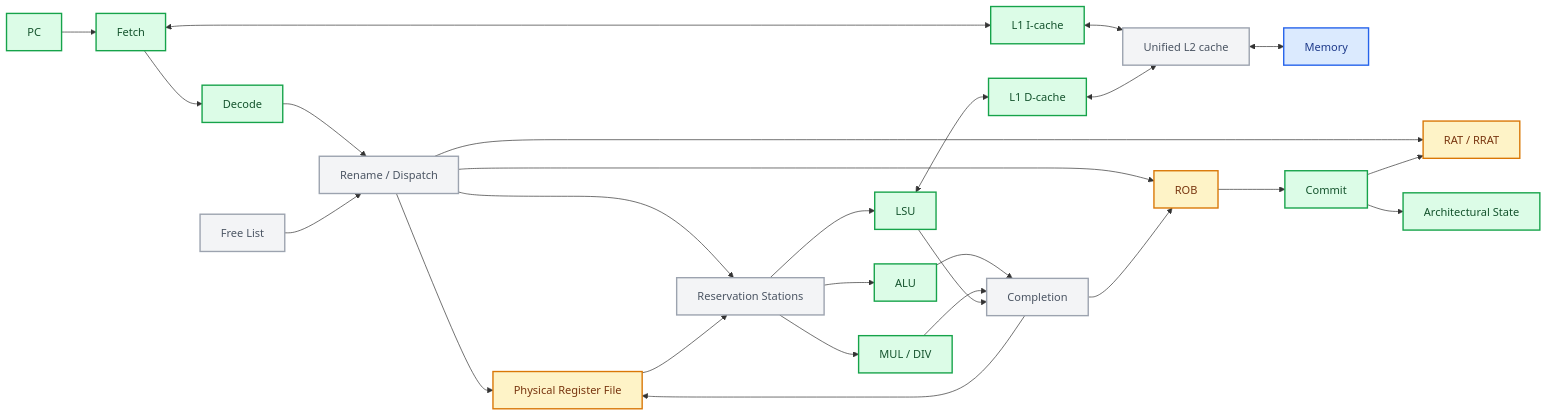
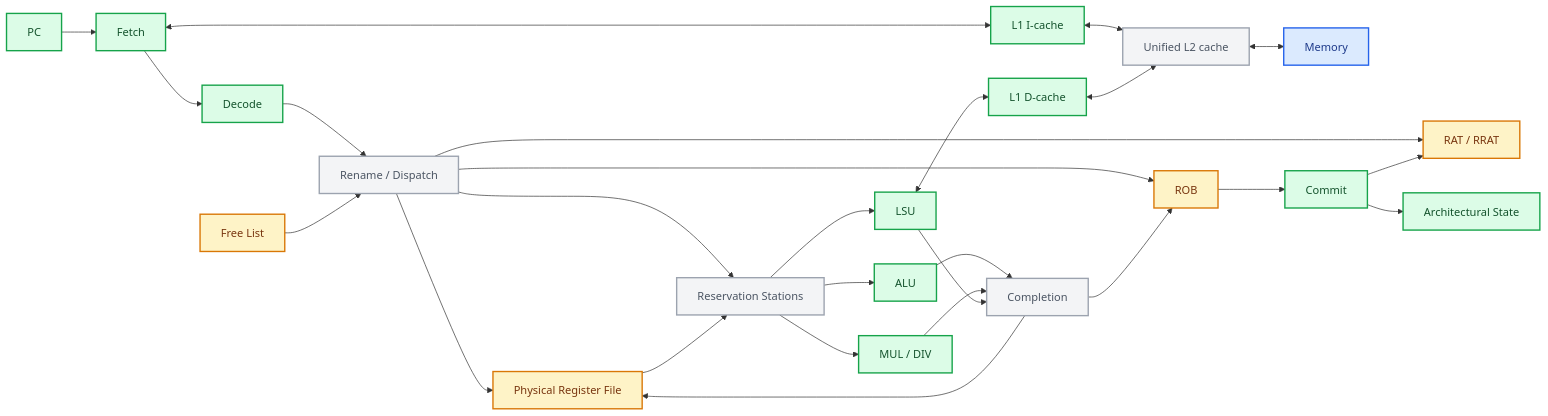
One commit to JustinYYZ/rv32im-research-core changed the second of 2 diagrams in README.md. Above: the diagram before and after it, drawn with Mermaid. The commit also changed other lines of this file and 3 other files, not shown here.

````diff
--- a/README.md
+++ b/README.md
@@ -282,36 +284,36 @@
 ```mermaid
 flowchart LR
     PC --> FETCH[Fetch]
     FETCH <--> L1I["L1 I-cache"]
     L1I <--> L2["Unified L2 cache"]
     L2 <--> MEM[Memory]
     FETCH --> DECODE[Decode]
     DECODE --> RENAME["Rename / Dispatch"]
     RENAME --> RAT["RAT / RRAT"]
     FL["Free List"] --> RENAME
     RENAME --> PRF["Physical Register File"]
     RENAME --> ROB[ROB]
     RENAME --> RS["Reservation Stations"]
     PRF --> RS
     RS --> ALU[ALU]
     RS --> MULDIV["MUL / DIV"]
     RS --> LSU[LSU]
     LSU <--> L1D["L1 D-cache"]
     L1D <--> L2
     ALU --> COMPLETE[Completion]
     MULDIV --> COMPLETE
     LSU --> COMPLETE
     COMPLETE --> PRF
     COMPLETE --> ROB
     ROB --> COMMIT[Commit]
     COMMIT --> RAT
     COMMIT --> ARF["Architectural State"]
     classDef implemented fill:#dcfce7,stroke:#16a34a,color:#14532d,stroke-width:2px
     classDef partial fill:#fef3c7,stroke:#d97706,color:#78350f,stroke-width:2px
     classDef planned fill:#f3f4f6,stroke:#9ca3af,color:#4b5563,stroke-width:2px
     classDef external fill:#dbeafe,stroke:#2563eb,color:#1e3a8a,stroke-width:2px
     class PC,FETCH,L1I,L1D,DECODE,ALU,MULDIV,LSU,COMMIT,ARF implemented
-    class ROB,PRF,RAT partial
-    class L2,RENAME,FL,RS,COMPLETE planned
+    class ROB,PRF,RAT,FL partial
+    class L2,RENAME,RS,COMPLETE planned
     class MEM external
 ```
````
